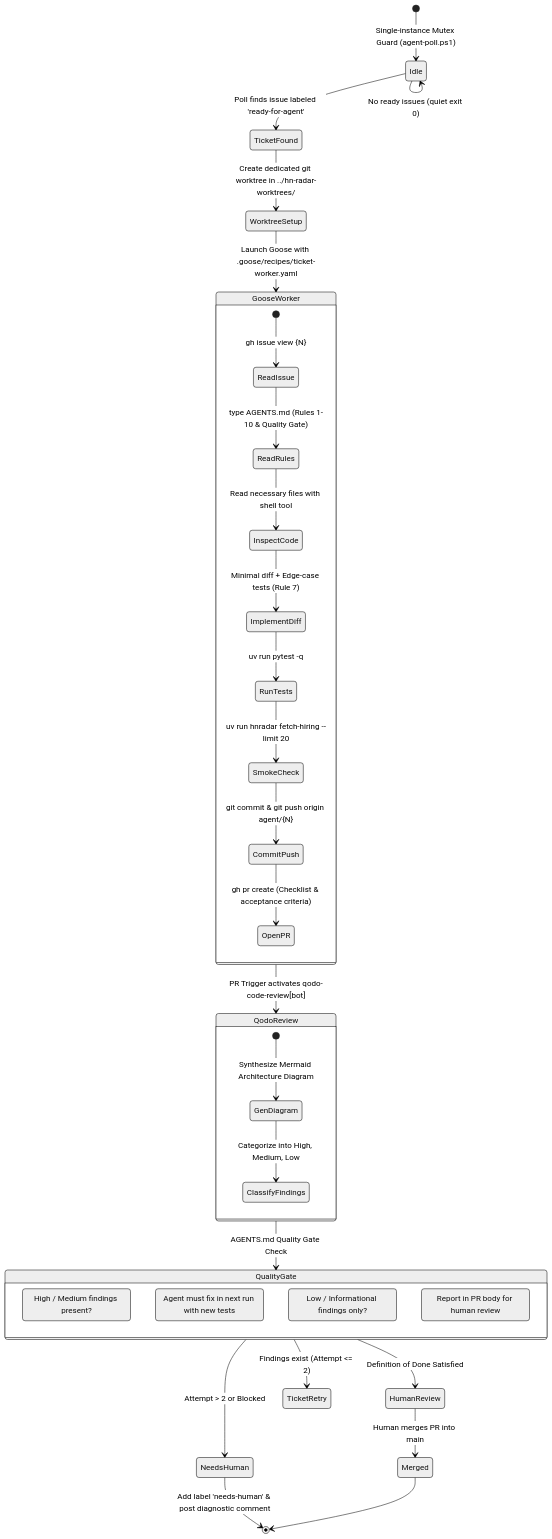
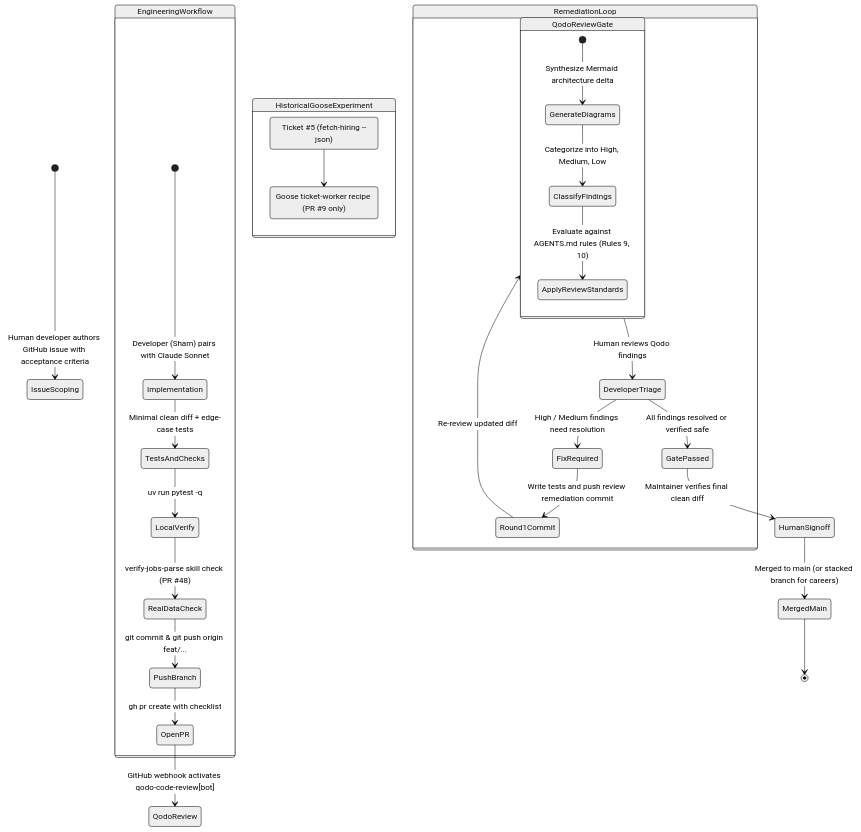
One commit to researchsite/ShelterWise changed the sixth of 33 diagrams in hn_radar_architecture_diagram.md. Above: the diagram before and after it, drawn with Mermaid (neutral theme). The commit also changed other lines of this file and 4 other files, not shown here.

First line of the commit message:
docs: align architecture artifacts with verified ground truth

````diff
--- a/hn_radar_architecture_diagram.md
+++ b/hn_radar_architecture_diagram.md
@@ -383,45 +381,40 @@
 ```mermaid
 stateDiagram-v2
-    [*] --> Idle: Single-instance Mutex Guard (agent-poll.ps1)
+    [*] --> IssueScoping: Human developer authors GitHub issue with acceptance criteria
     
-    Idle --> TicketFound: Poll finds issue labeled 'ready-for-agent'
-    Idle --> Idle: No ready issues (quiet exit 0)
-
-    TicketFound --> WorktreeSetup: Create dedicated git worktree in ../hn-radar-worktrees/
-    WorktreeSetup --> GooseWorker: Launch Goose with .goose/recipes/ticket-worker.yaml
-    
-    state GooseWorker {
-        [*] --> ReadIssue: gh issue view {N}
-        ReadIssue --> ReadRules: type AGENTS.md (Rules 1-10 & Quality Gate)
-        ReadRules --> InspectCode: Read necessary files with shell tool
-        InspectCode --> ImplementDiff: Minimal diff + Edge-case tests (Rule 7)
-        ImplementDiff --> RunTests: uv run pytest -q
-        RunTests --> SmokeCheck: uv run hnradar fetch-hiring --limit 20
-        SmokeCheck --> CommitPush: git commit & git push origin agent/{N}
-        CommitPush --> OpenPR: gh pr create (Checklist & acceptance criteria)
+    state EngineeringWorkflow {
+        [*] --> Implementation: Developer (Sham) pairs with Claude Sonnet
+        Implementation --> TestsAndChecks: Minimal clean diff + edge-case tests
+        TestsAndChecks --> LocalVerify: uv run pytest -q
+        LocalVerify --> RealDataCheck: verify-jobs-parse skill check (PR #48)
+        RealDataCheck --> PushBranch: git commit & git push origin feat/...
+        PushBranch --> OpenPR: gh pr create with checklist
     }
 
-    GooseWorker --> QodoReview: PR Trigger activates qodo-code-review[bot]
-    
-    state QodoReview {
-        [*] --> GenDiagram: Synthesize Mermaid Architecture Diagram
-        GenDiagram --> ClassifyFindings: Categorize into High, Medium, Low
+    state HistoricalGooseExperiment {
+        Issue5: Ticket #5 (fetch-hiring --json)
+        GooseRun: Goose ticket-worker recipe (PR #9 only)
+        Issue5 --> GooseRun
     }
 
-    QodoReview --> QualityGate: AGENTS.md Quality Gate Check
-
-    state QualityGate {
-        HighOrMedium: High / Medium findings present?
-        ResolveRequired: Agent must fix in next run with new tests
-        LowOnly: Low / Informational findings only?
-        HumanEscalate: Report in PR body for human review
+    OpenPR --> QodoReview: GitHub webhook activates qodo-code-review[bot]
+    
+    state QodoReviewGate {
+        [*] --> GenerateDiagrams: Synthesize Mermaid architecture delta
+        GenerateDiagrams --> ClassifyFindings: Categorize into High, Medium, Low
+        ClassifyFindings --> ApplyReviewStandards: Evaluate against AGENTS.md rules (Rules 9, 10)
     }
 
-    QualityGate --> HumanReview: Definition of Done Satisfied
-    QualityGate --> TicketRetry: Findings exist (Attempt <= 2)
-    QualityGate --> NeedsHuman: Attempt > 2 or Blocked
+    QodoReviewGate --> DeveloperTriage: Human reviews Qodo findings
     
-    NeedsHuman --> [*]: Add label 'needs-human' & post diagnostic comment
-    HumanReview --> Merged: Human merges PR into main
-    Merged --> [*]
+    state RemediationLoop {
+        DeveloperTriage --> FixRequired: High / Medium findings need resolution
+        FixRequired --> Round1Commit: Write tests and push review remediation commit
+        Round1Commit --> QodoReviewGate: Re-review updated diff
+        DeveloperTriage --> GatePassed: All findings resolved or verified safe
+    }
+
+    GatePassed --> HumanSignoff: Maintainer verifies final clean diff
+    HumanSignoff --> MergedMain: Merged to main (or stacked branch for careers)
+    MergedMain --> [*]
 ```
````
